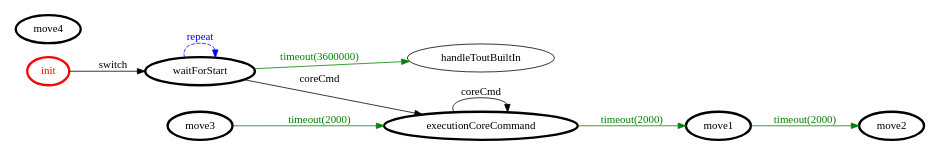
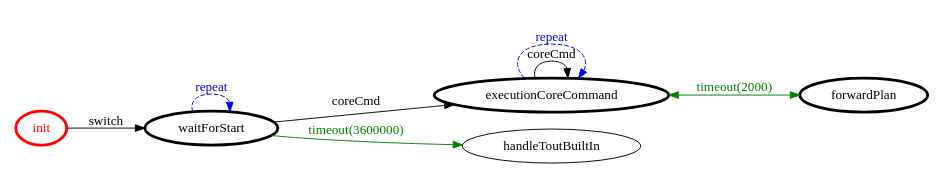
The diagram in it.unibo.projectRobot/srcMore/it/unibo/movecorelogic/movecorelogic.gv (FraGio/iss2018), drawn with Graphviz before and after one commit. The commit also changed 7 other files, not shown here.

```diff
--- a/it.unibo.projectRobot/srcMore/it/unibo/movecorelogic/movecorelogic.gv
+++ b/it.unibo.projectRobot/srcMore/it/unibo/movecorelogic/movecorelogic.gv
@@ -1,28 +1,24 @@
 /*
 *
 * A GraphViz DOT FSM description 
 * Please use a GraphViz visualizer (like http://www.webgraphviz.com)
 *  
 */
 
 digraph finite_state_machine {
 	rankdir=LR
 	size="8,5"
 	
 	init [ color = red ][ fontcolor = red ][ penwidth = 3 ]
-	move1 [ color = black ][ fontcolor = black ][ penwidth = 3 ]
-	move2 [ color = black ][ fontcolor = black ][ penwidth = 3 ]
-	move3 [ color = black ][ fontcolor = black ][ penwidth = 3 ]
-	move4 [ color = black ][ fontcolor = black ][ penwidth = 3 ]
+	forwardPlan [ color = black ][ fontcolor = black ][ penwidth = 3 ]
 	waitForStart [ color = black ][ fontcolor = black ][ penwidth = 3 ]
 	executionCoreCommand [ color = black ][ fontcolor = black ][ penwidth = 3 ]
 	
-	move1 -> move2 [ label = "timeout(2000)" ][ color = green ][ fontcolor = green ]
-	executionCoreCommand -> move1 [ label = "timeout(2000)" ][ color = green ][ fontcolor = green ]
 	executionCoreCommand -> executionCoreCommand [ label = "coreCmd" ][ color = black ][ fontcolor = black ]
 	waitForStart -> handleToutBuiltIn [ label = "timeout(3600000)" ][ color = green ][ fontcolor = green ]
+	executionCoreCommand -> forwardPlan [ label = "timeout(2000)" ][ color = green ][ fontcolor = green ][ dir = both ]
+	executionCoreCommand -> executionCoreCommand [ label = "repeat "][ style = dashed ][ color = blue ][ fontcolor = blue ]
 	waitForStart -> executionCoreCommand [ label = "coreCmd" ][ color = black ][ fontcolor = black ]
 	waitForStart -> waitForStart [ label = "repeat "][ style = dashed ][ color = blue ][ fontcolor = blue ]
-	move3 -> executionCoreCommand [ label = "timeout(2000)" ][ color = green ][ fontcolor = green ]
 	init -> waitForStart [ label = "switch" ][ color = black ][ fontcolor = black ]
 }
```
